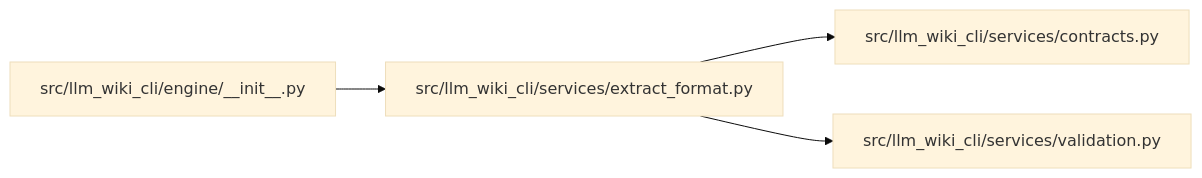
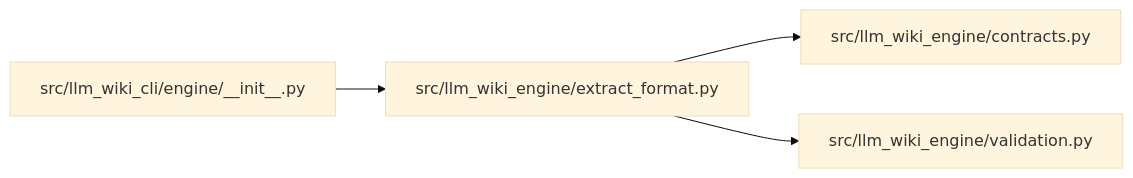
One commit to Denissvgn/python-wiki-llm changed the diagram in docs/llm_wiki/modules/extract_format.md. Above: the diagram before and after it, drawn with Mermaid (base theme). The commit also changed other lines of this file and 1103 other files, not shown here.

First line of the commit message:
docs: refresh the wiki for the llm-wiki-engine distribution

````diff
--- a/docs/llm_wiki/modules/extract_format.md
+++ b/docs/llm_wiki/modules/extract_format.md
@@ -32,14 +32,14 @@
 ```mermaid
 flowchart LR
     n0["src/llm_wiki_cli/engine/__init__.py"]
-    n1["src/llm_wiki_cli/services/contracts.py"]
-    n2["src/llm_wiki_cli/services/extract_format.py"]
-    n3["src/llm_wiki_cli/services/validation.py"]
+    n1["src/llm_wiki_engine/contracts.py"]
+    n2["src/llm_wiki_engine/extract_format.py"]
+    n3["src/llm_wiki_engine/validation.py"]
     n0 --> n2
     n2 --> n1
     n2 --> n3
     click n0 "../modules/engine___init__.md"
-    click n1 "../modules/services_contracts.md"
+    click n1 "../modules/llm_wiki_engine_contracts.md"
     click n2 "../modules/extract_format.md"
     click n3 "../modules/validation.md"
 ```
````
